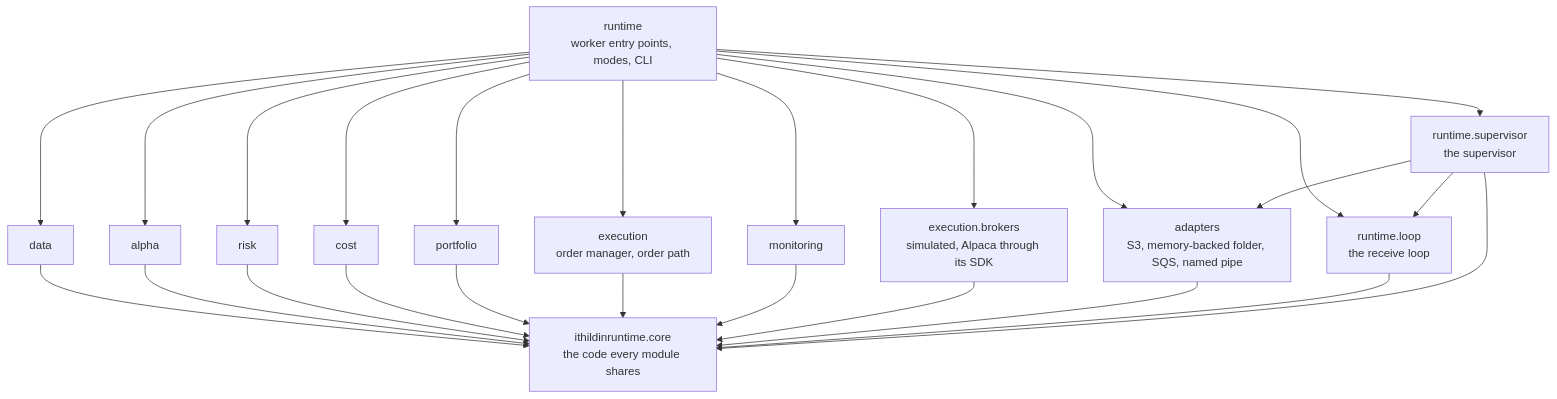
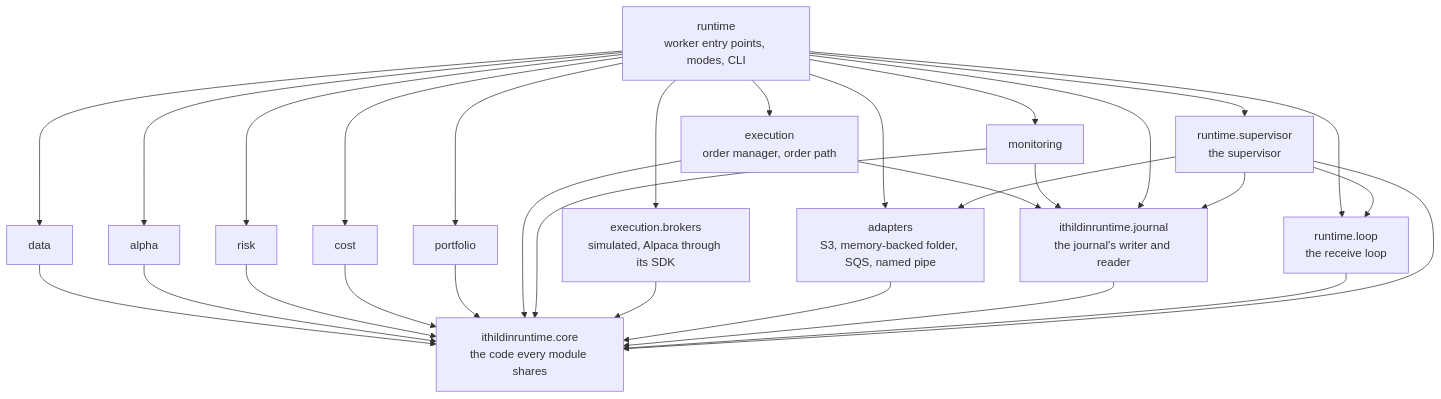
One commit to l3a0/ithildin-runtime changed the seventh of 7 diagrams in docs/architecture/05-building-blocks.md. Above: the diagram before and after it, drawn with Mermaid. The commit also changed other lines of this file and 8 other files, not shown here.

````diff
--- a/docs/architecture/05-building-blocks.md
+++ b/docs/architecture/05-building-blocks.md
@@ -948,41 +948,47 @@
 ```mermaid
 flowchart TB
     core["ithildinruntime.core<br/>the code every module shares"]
+    journal["ithildinruntime.journal<br/>the journal's writer and reader"]
     adapters["adapters<br/>S3, memory-backed folder, SQS, named pipe"]
     data["data"]
     alpha["alpha"]
     risk["risk"]
     cost["cost"]
     portfolio["portfolio"]
     execution["execution<br/>order manager, order path"]
     brokers["execution.brokers<br/>simulated, Alpaca through its SDK"]
     monitoring["monitoring"]
     runtime["runtime<br/>worker entry points, modes, CLI"]
     loop["runtime.loop<br/>the receive loop"]
     supervisor["runtime.supervisor<br/>the supervisor"]
 
     data --> core
     alpha --> core
     risk --> core
     cost --> core
     portfolio --> core
     execution --> core
     monitoring --> core
     brokers --> core
     adapters --> core
+    journal --> core
+    execution --> journal
+    monitoring --> journal
     runtime --> adapters
+    runtime --> journal
     runtime --> data
     runtime --> alpha
     runtime --> risk
     runtime --> cost
     runtime --> portfolio
     runtime --> execution
     runtime --> brokers
     runtime --> monitoring
     runtime --> loop
     runtime --> supervisor
     loop --> core
     supervisor --> core
+    supervisor --> journal
     supervisor --> adapters
     supervisor --> loop
 ```
````
